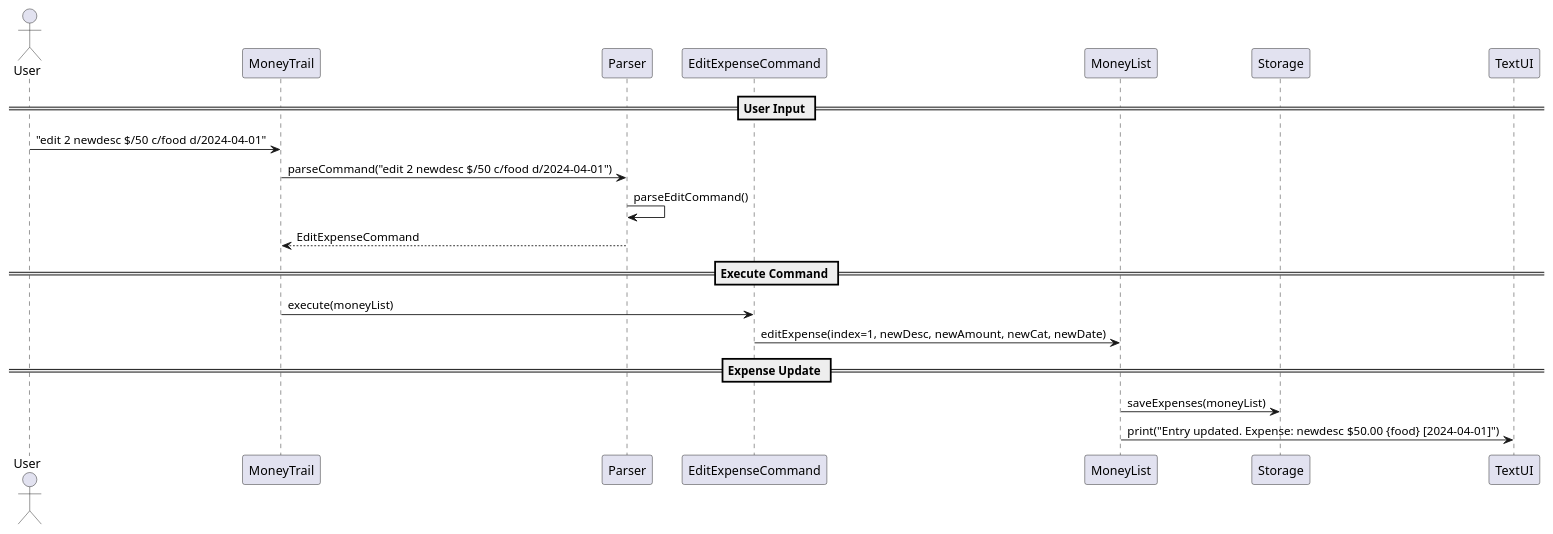
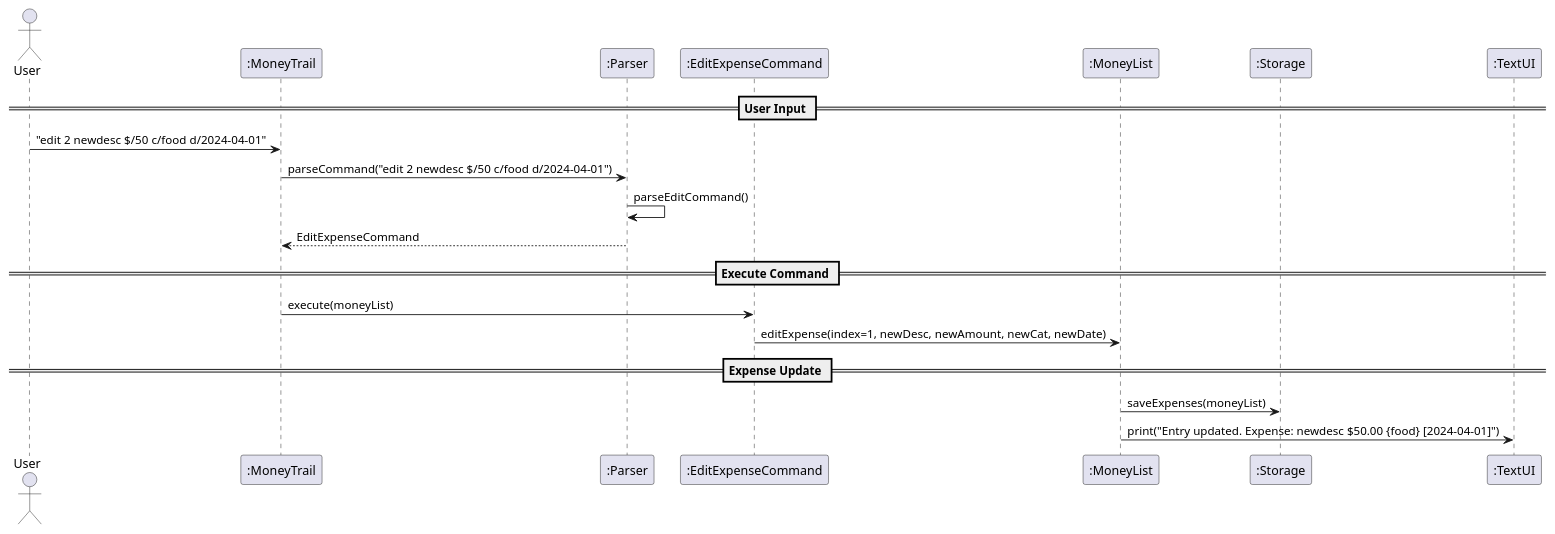
One commit to EdwinTun98/tp changed the diagram in docs/diagrams/Edit.puml. Above: the diagram before and after it, drawn with PlantUML. The commit also changed 30 other files, not shown here.

Commit message:
Added colons in front of entites in all sequence diagrams

```diff
--- a/docs/diagrams/Edit.puml
+++ b/docs/diagrams/Edit.puml
@@ -1,24 +1,24 @@
 @startuml
 actor User
-participant MoneyTrail
-participant Parser
-participant EditExpenseCommand
-participant MoneyList
-participant Storage
-participant TextUI
+participant MoneyTrail as ":MoneyTrail"
+participant Parser as ":Parser"
+participant EditExpenseCommand as ":EditExpenseCommand"
+participant MoneyList as ":MoneyList"
+participant Storage as ":Storage"
+participant TextUI as ":TextUI"
 
 == User Input ==
 User -> MoneyTrail : "edit 2 newdesc $/50 c/food d/2024-04-01"
 MoneyTrail -> Parser : parseCommand("edit 2 newdesc $/50 c/food d/2024-04-01")
 Parser -> Parser : parseEditCommand()
 Parser --> MoneyTrail : EditExpenseCommand
 
 == Execute Command ==
 MoneyTrail -> EditExpenseCommand : execute(moneyList)
 EditExpenseCommand -> MoneyList : editExpense(index=1, newDesc, newAmount, newCat, newDate)
 
 == Expense Update ==
 MoneyList -> Storage : saveExpenses(moneyList)
 MoneyList -> TextUI : print("Entry updated. Expense: newdesc $50.00 {food} [2024-04-01]")
 
 @enduml
```
